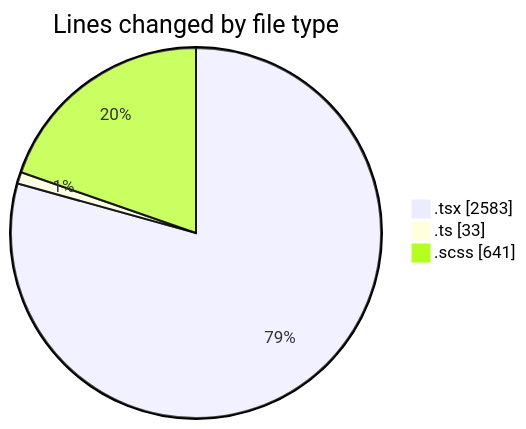
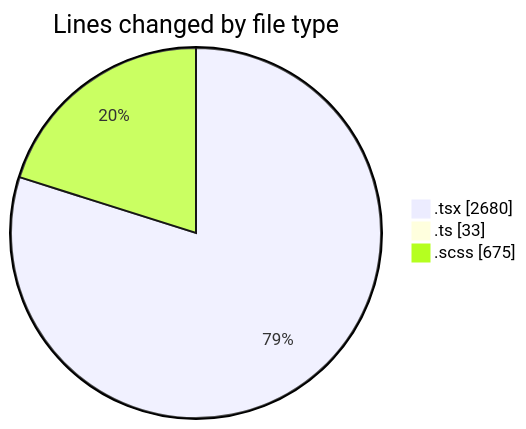
The first of 2 diagrams in 2025-02-12/cda/README.md (momahboobian/code-tracking), drawn with Mermaid before and after one commit. The commit also changed other lines of this file and 1 other file, not shown here.

````diff
--- a/2025-02-12/cda/README.md
+++ b/2025-02-12/cda/README.md
@@ -27,7 +28,7 @@
 ```mermaid
 pie showData
 title Lines changed by file type
-".tsx" : 2583
+".tsx" : 2680
 ".ts" : 33
-".scss" : 641
+".scss" : 675
 ```
````
